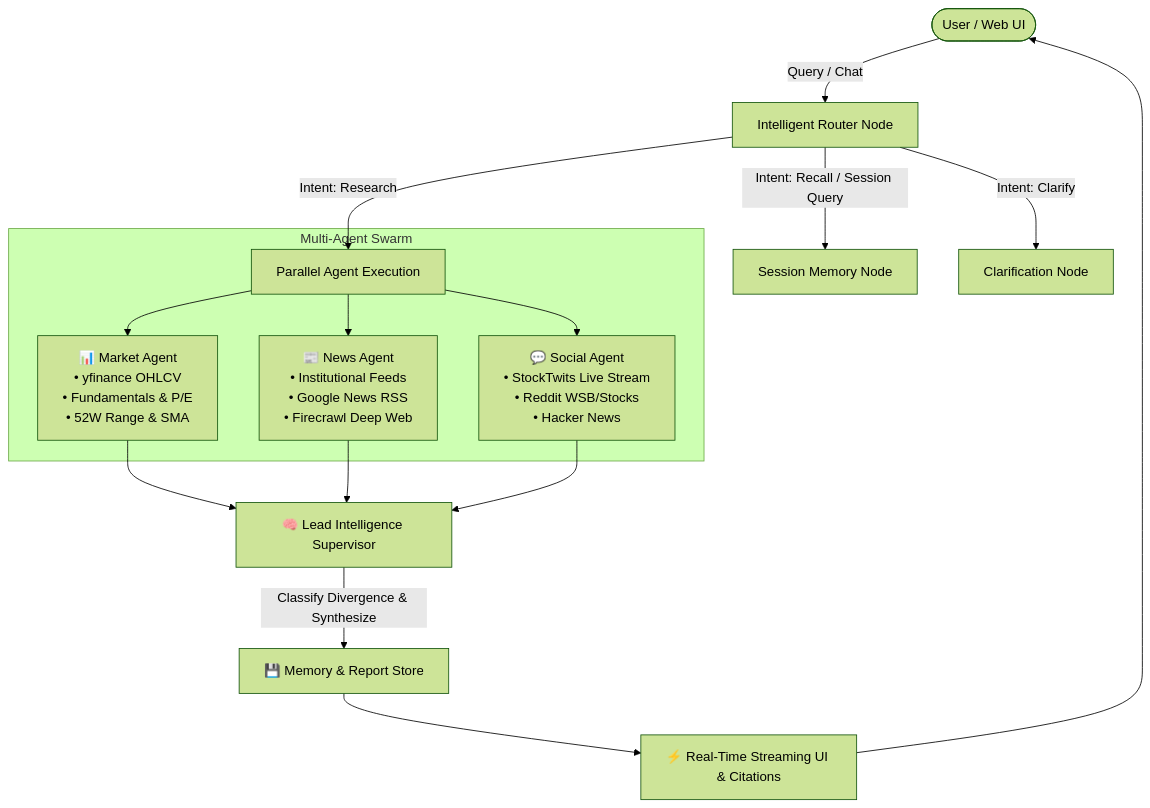
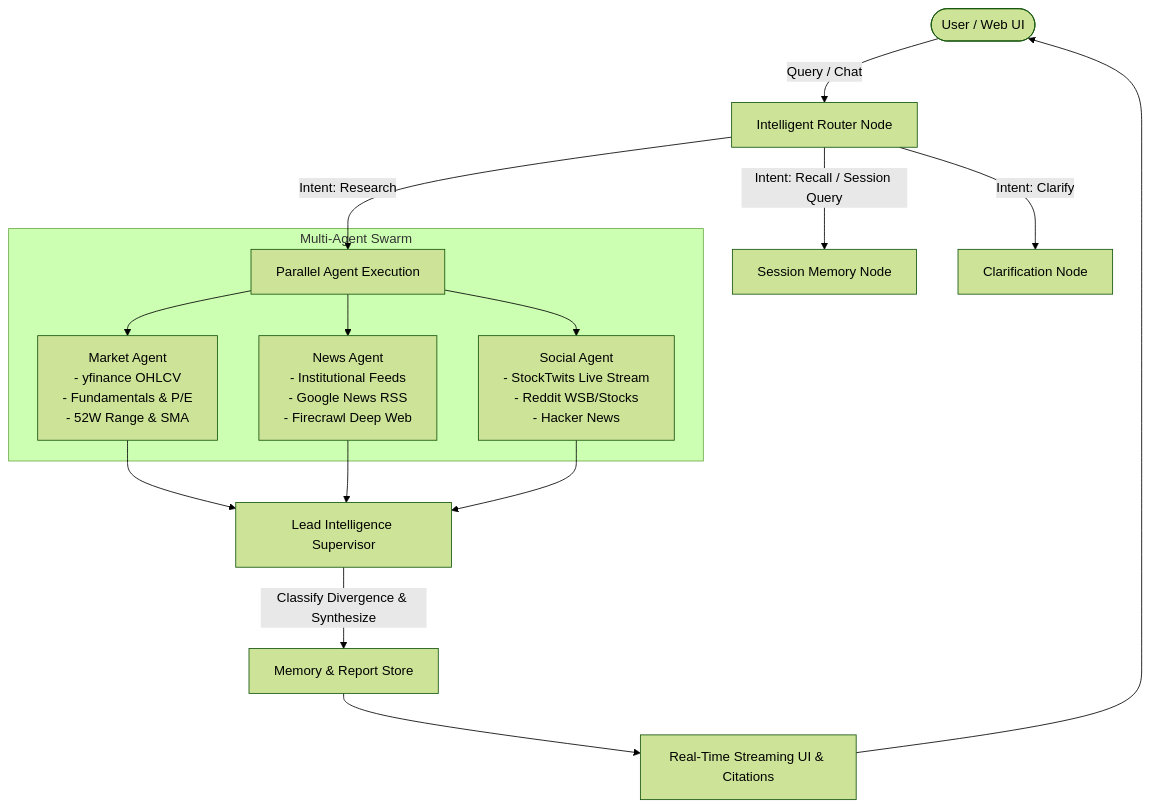
The diagram in README.md (Maheshbabu777/Stigdiv), drawn with Mermaid (forest theme) before and after one commit. The commit also changed other lines of this file, not shown here.

````diff
--- a/README.md
+++ b/README.md
@@ -33,22 +33,22 @@
 ```mermaid
 graph TD
     User([User / Web UI]) -->|Query / Chat| Router[Intelligent Router Node]
     
     Router -->|Intent: Research| Parallel[Parallel Agent Execution]
     Router -->|Intent: Recall / Session Query| Recall[Session Memory Node]
     Router -->|Intent: Clarify| Clarify[Clarification Node]
     
     subgraph Multi-Agent Swarm
-        Parallel --> MarketAgent[📊 Market Agent\n• yfinance OHLCV\n• Fundamentals & P/E\n• 52W Range & SMA]
-        Parallel --> NewsAgent[📰 News Agent\n• Institutional Feeds\n• Google News RSS\n• Firecrawl Deep Web]
-        Parallel --> SocialAgent[💬 Social Agent\n• StockTwits Live Stream\n• Reddit WSB/Stocks\n• Hacker News]
+        Parallel --> MarketAgent[Market Agent\n- yfinance OHLCV\n- Fundamentals & P/E\n- 52W Range & SMA]
+        Parallel --> NewsAgent[News Agent\n- Institutional Feeds\n- Google News RSS\n- Firecrawl Deep Web]
+        Parallel --> SocialAgent[Social Agent\n- StockTwits Live Stream\n- Reddit WSB/Stocks\n- Hacker News]
     end
     
-    MarketAgent --> Supervisor[🧠 Lead Intelligence Supervisor]
+    MarketAgent --> Supervisor[Lead Intelligence Supervisor]
     NewsAgent --> Supervisor
     SocialAgent --> Supervisor
     
-    Supervisor -->|Classify Divergence & Synthesize| Save[💾 Memory & Report Store]
-    Save --> Stream[⚡ Real-Time Streaming UI & Citations]
+    Supervisor -->|Classify Divergence & Synthesize| Save[Memory & Report Store]
+    Save --> Stream[Real-Time Streaming UI & Citations]
     Stream --> User
 ```
````
